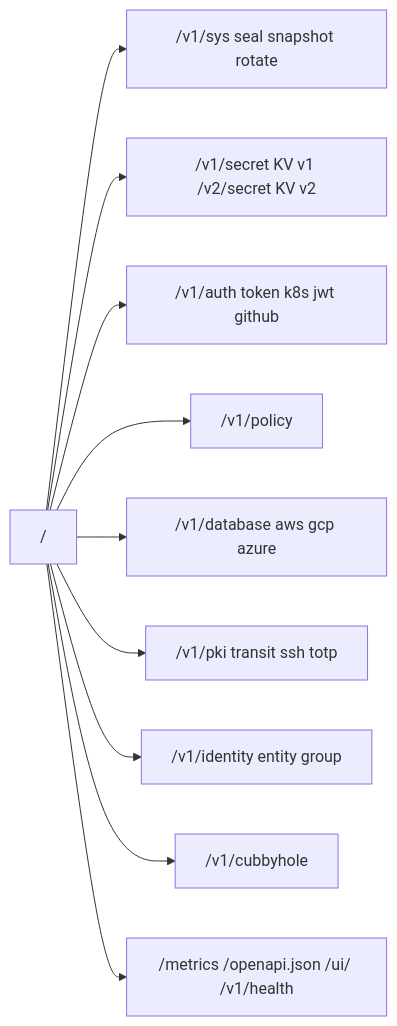
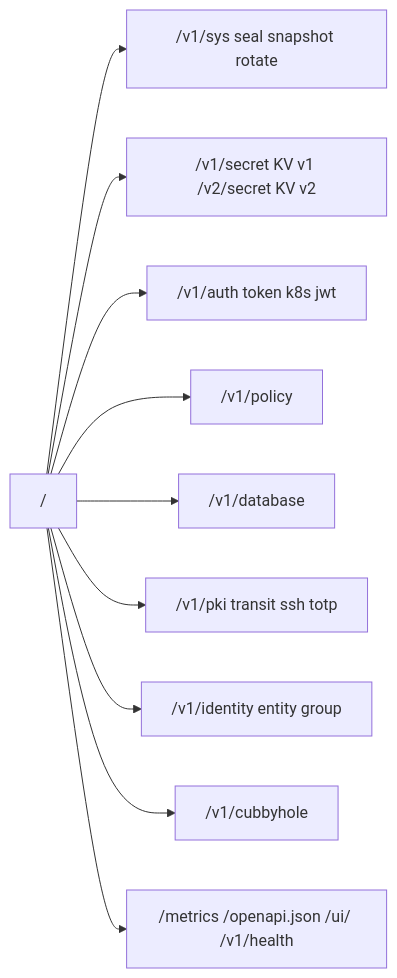
The diagram in docs/04-api-cli-reference.md (NAGenaev/tuck), drawn with Mermaid before and after one commit. The commit also changed other lines of this file and 23 other files, not shown here.

````diff
--- a/docs/04-api-cli-reference.md
+++ b/docs/04-api-cli-reference.md
@@ -14,12 +14,12 @@
 ```mermaid
 flowchart LR
     ROOT["/"] --> SYS["/v1/sys seal snapshot rotate"]
     ROOT --> SEC["/v1/secret KV v1 /v2/secret KV v2"]
-    ROOT --> AUTH["/v1/auth token k8s jwt github"]
+    ROOT --> AUTH["/v1/auth token k8s jwt"]
     ROOT --> POL["/v1/policy"]
-    ROOT --> DYN["/v1/database aws gcp azure"]
+    ROOT --> DYN["/v1/database"]
     ROOT --> CRYPTO["/v1/pki transit ssh totp"]
     ROOT --> ID["/v1/identity entity group"]
     ROOT --> CUB["/v1/cubbyhole"]
     ROOT --> OBS["/metrics /openapi.json /ui/ /v1/health"]
 ```
````
